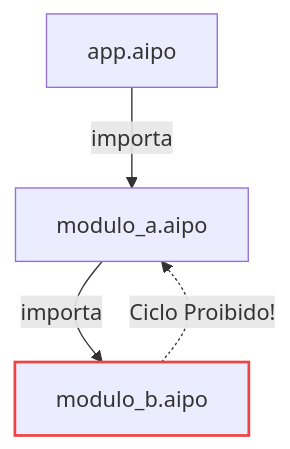
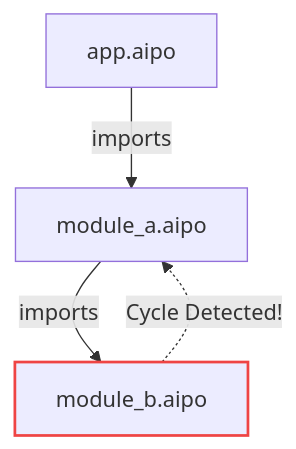
One commit to poppy-team/poppy.lat changed the second of 3 diagrams in site/en/aipo/docs/guides/manual/packages-and-modules.md. Above: the diagram before and after it, drawn with Mermaid. The commit also changed other lines of this file and 235 other files, not shown here.

````diff
--- a/site/en/aipo/docs/guides/manual/packages-and-modules.md
+++ b/site/en/aipo/docs/guides/manual/packages-and-modules.md
@@ -113,7 +113,7 @@
 ```mermaid
 flowchart TD
-    App["app.aipo"] -->|importa| ModA["modulo_a.aipo"]
-    ModA -->|importa| ModB["modulo_b.aipo"]
-    ModB -.->|Ciclo Proibido!| ModA
+    App["app.aipo"] -->|imports| ModA["module_a.aipo"]
+    ModA -->|imports| ModB["module_b.aipo"]
+    ModB -.->|Cycle Detected!| ModA
     style ModB stroke:#ef4444,stroke-width:2px
 ```
````
